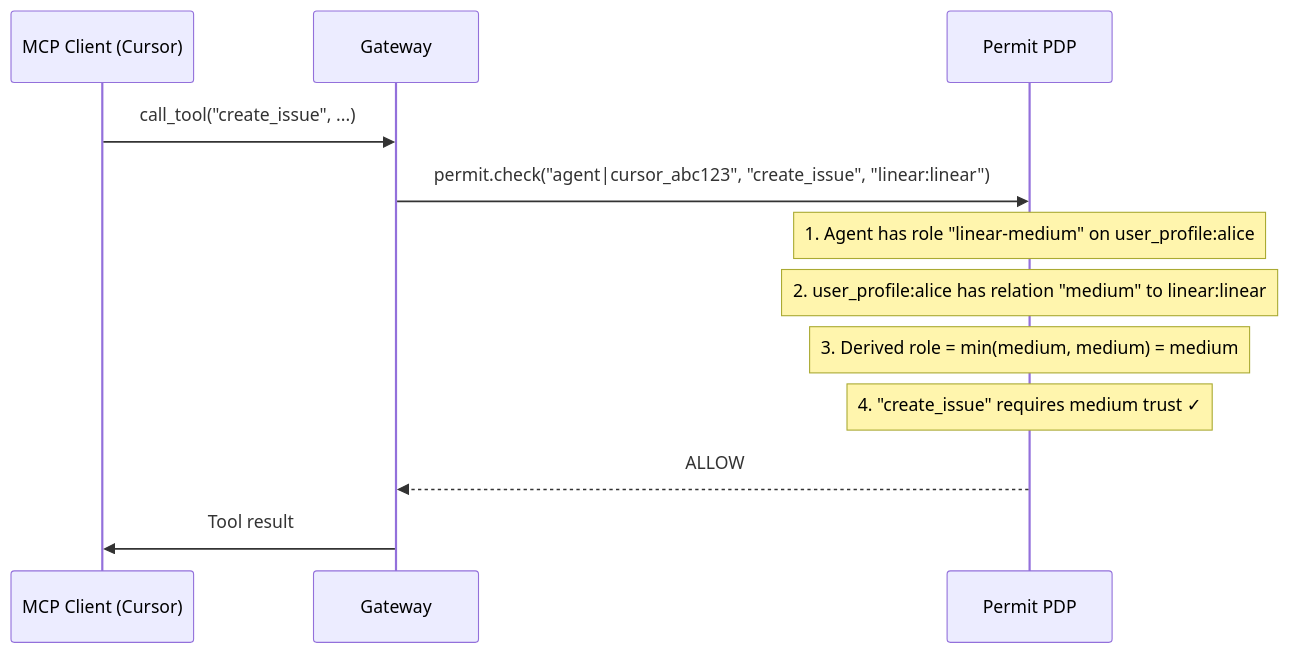
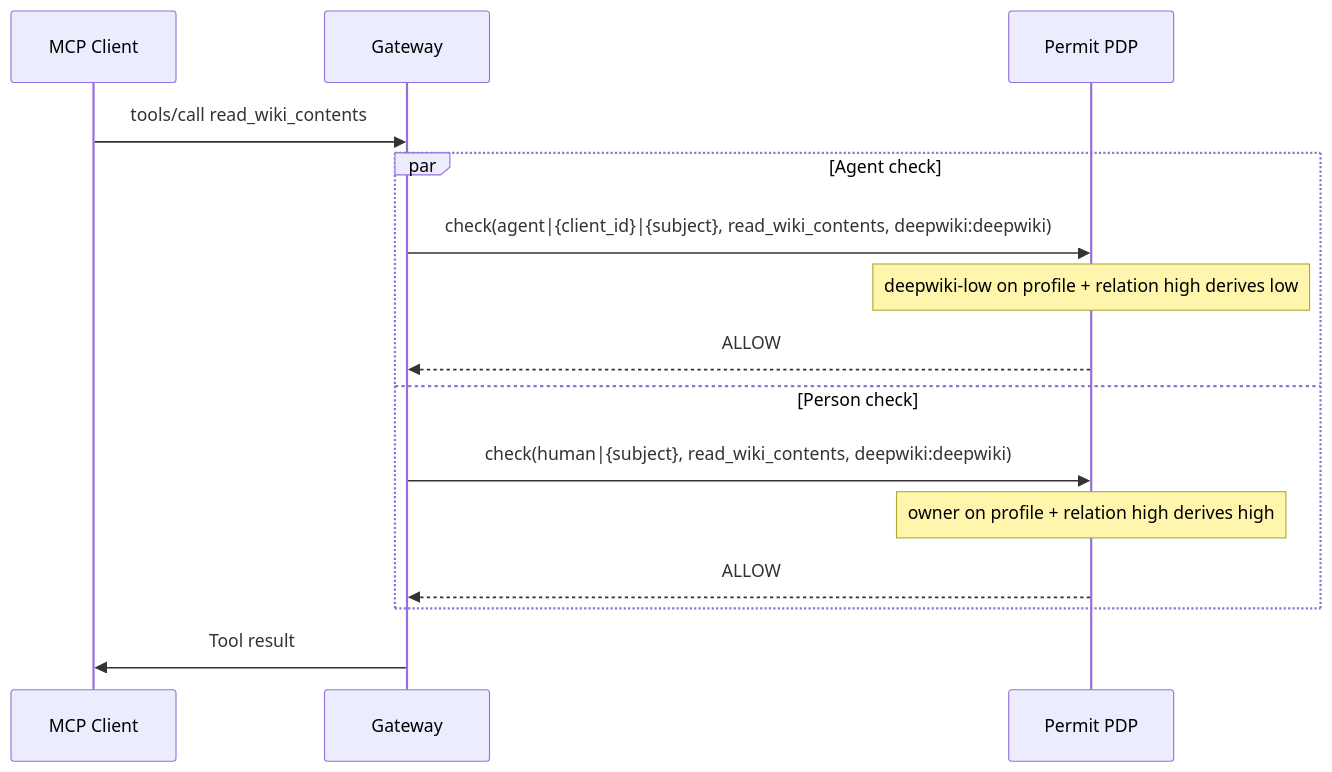
Before and after one commit to permitio/docs: the sixth of 6 diagrams in docs/permit-mcp-gateway/permit-integration.mdx, drawn with Mermaid. The commit also changed other lines of this file and 126 other files, not shown here.

First line of the commit message:
PER-19035: docs(mcp-gateway): refresh the Permit MCP Gateway docs and screenshots against production

````diff
--- a/docs/permit-mcp-gateway/permit-integration.mdx
+++ b/docs/permit-mcp-gateway/permit-integration.mdx
@@ -221,17 +236,18 @@
 ```mermaid
 sequenceDiagram
-    participant Agent as MCP Client (Cursor)
+    participant Agent as MCP Client
     participant GW as Gateway
     participant PDP as Permit PDP
 
-    Agent->>GW: call_tool("create_issue", ...)
-    GW->>PDP: permit.check("agent|cursor_abc123", "create_issue", "linear:linear")
-
-    Note over PDP: 1. Agent has role "linear-medium" on user_profile:alice
-    Note over PDP: 2. user_profile:alice has relation "medium" to linear:linear
-    Note over PDP: 3. Derived role = min(medium, medium) = medium
-    Note over PDP: 4. "create_issue" requires medium trust ✓
-
-    PDP-->>GW: ALLOW
+    Agent->>GW: tools/call read_wiki_contents
+    par Agent check
+        GW->>PDP: check(agent|{client_id}|{subject}, read_wiki_contents, deepwiki:deepwiki)
+        Note over PDP: deepwiki-low on profile + relation high derives low
+        PDP-->>GW: ALLOW
+    and Person check
+        GW->>PDP: check(human|{subject}, read_wiki_contents, deepwiki:deepwiki)
+        Note over PDP: owner on profile + relation high derives high
+        PDP-->>GW: ALLOW
+    end
     GW->>Agent: Tool result
 ```
````
